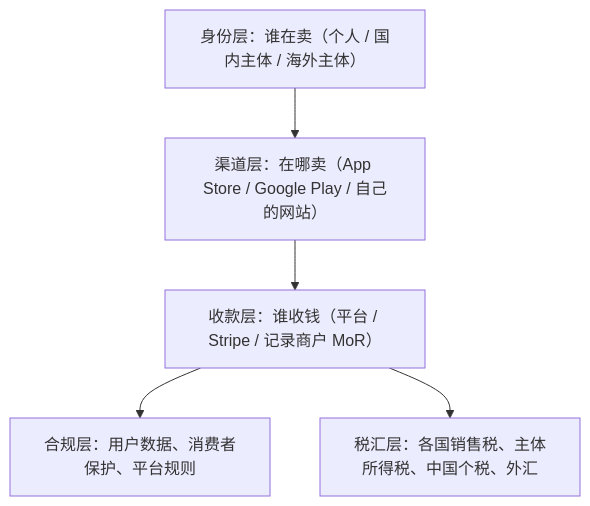
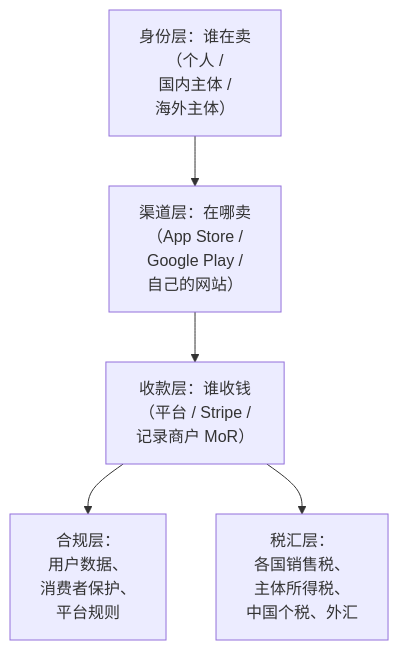
The first of 2 diagrams in books/going-global/01-overview.md (jarvis-pro/hatch-shelf), drawn with Mermaid before and after one commit. The commit also changed other lines of this file and 432 other files, not shown here.

````diff
--- a/books/going-global/01-overview.md
+++ b/books/going-global/01-overview.md
@@ -32,7 +32,7 @@
 ```mermaid
 flowchart TD
-  A["身份层：谁在卖（个人 / 国内主体 / 海外主体）"] --> B["渠道层：在哪卖（App Store / Google Play / 自己的网站）"]
-  B --> C["收款层：谁收钱（平台 / Stripe / 记录商户 MoR）"]
-  C --> D["合规层：用户数据、消费者保护、平台规则"]
-  C --> E["税汇层：各国销售税、主体所得税、中国个税、外汇"]
+  A["身份层：谁在卖<br/>（个人 /<br/>国内主体 /<br/>海外主体）"] --> B["渠道层：在哪卖<br/>（App Store /<br/>Google Play /<br/>自己的网站）"]
+  B --> C["收款层：谁收钱<br/>（平台 / Stripe /<br/>记录商户 MoR）"]
+  C --> D["合规层：<br/>用户数据、<br/>消费者保护、<br/>平台规则"]
+  C --> E["税汇层：<br/>各国销售税、<br/>主体所得税、<br/>中国个税、外汇"]
 ```
````
